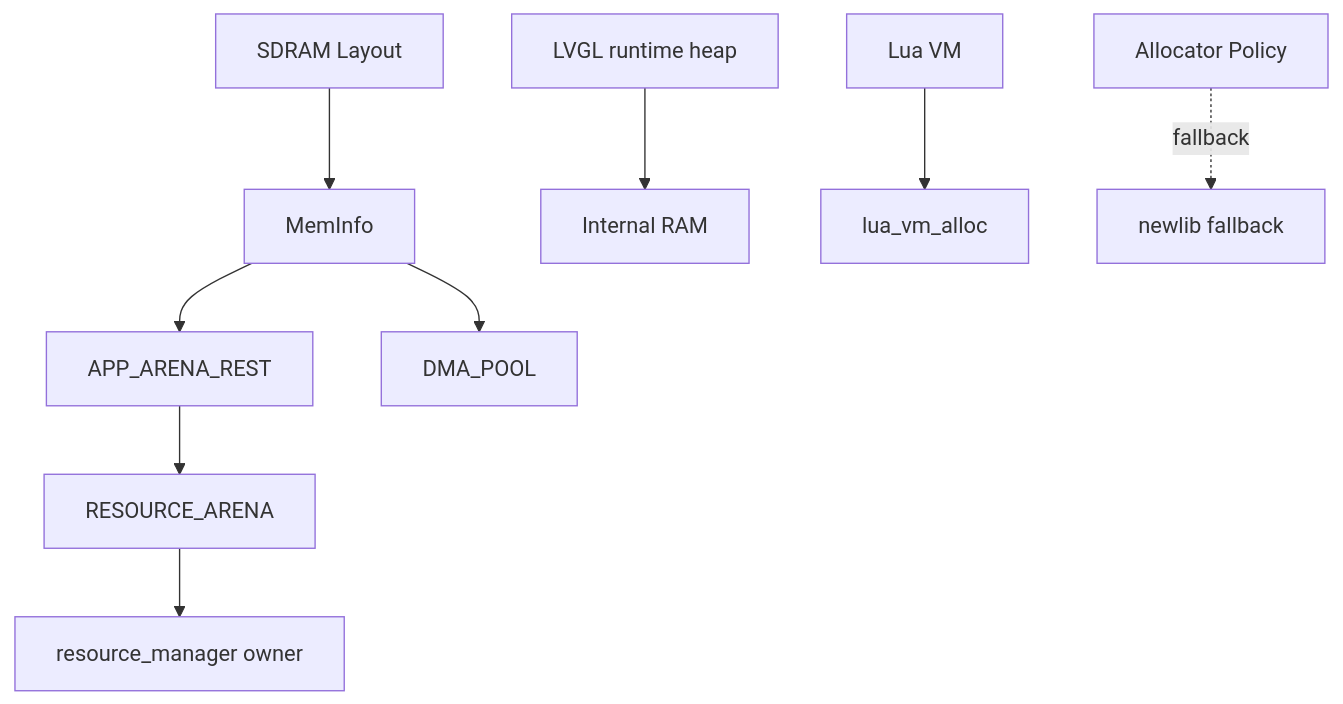
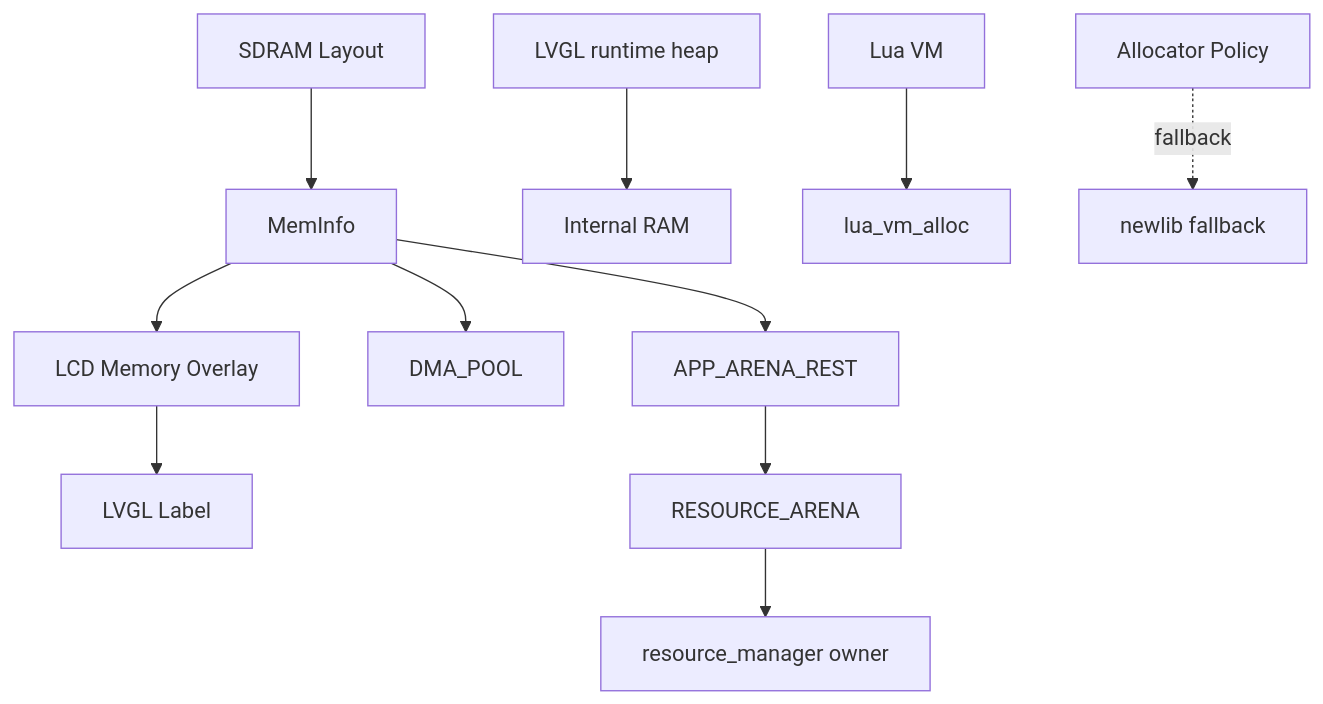
Before and after one commit to ExMikuPro/cartdesk-os: the diagram in Docs/memory/Memory_Regression_Checklist.md, drawn with Mermaid. The commit also changed other lines of this file and 7 other files, not shown here.

Commit message:
feat: 添加 LCD 内存 Overlay 调试配置

````diff
--- a/Docs/memory/Memory_Regression_Checklist.md
+++ b/Docs/memory/Memory_Regression_Checklist.md
@@ -23,11 +24,13 @@
 ```mermaid
 flowchart TD
     Layout[SDRAM Layout] --> MemInfo[MemInfo]
     MemInfo --> AppArena[APP_ARENA_REST]
     MemInfo --> DmaPool[DMA_POOL]
+    MemInfo --> Overlay[LCD Memory Overlay]
+    Overlay --> LVGLLabel[LVGL Label]
     LVGL[LVGL runtime heap] --> RAM[Internal RAM]
     Lua[Lua VM] --> LuaAlloc[lua_vm_alloc]
     AppArena --> Resource[RESOURCE_ARENA]
     Resource --> Owner[resource_manager owner]
     Policy[Allocator Policy] -. fallback .-> Newlib[newlib fallback]
 ```
````
